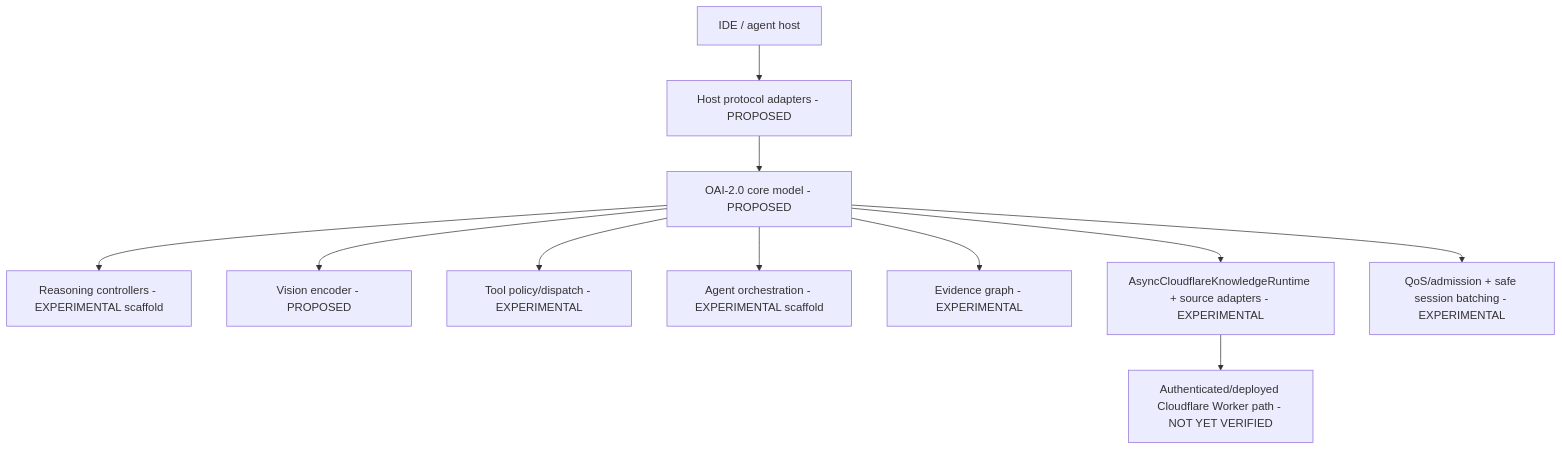
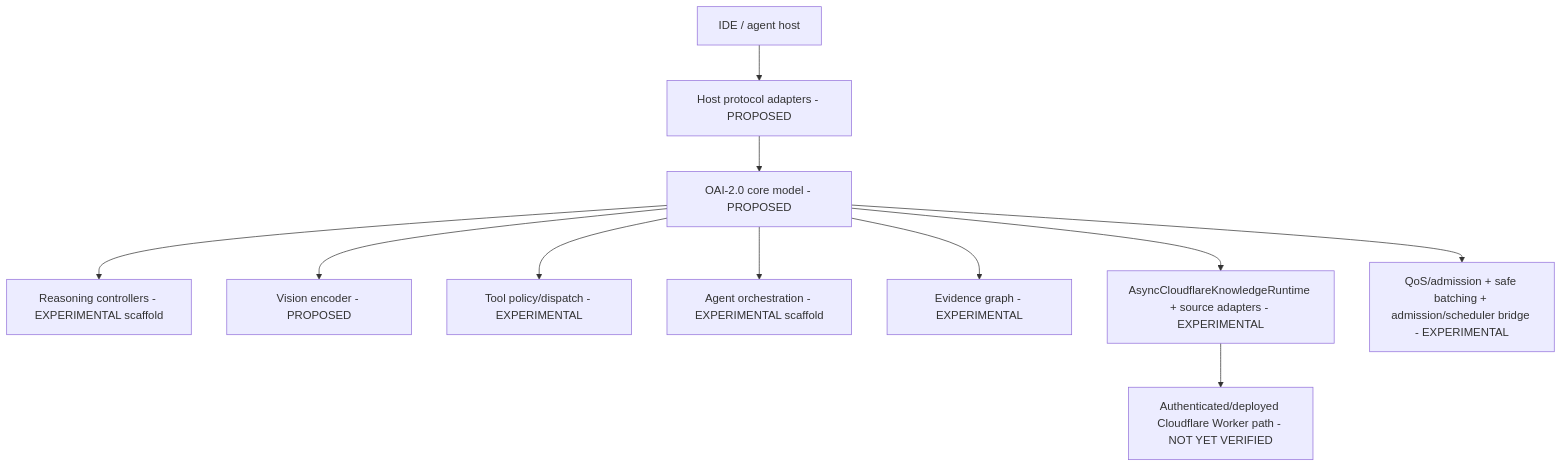
One commit to ORCHORDS-LCC/OAI-2.0 changed the diagram in docs/agent-architecture/SYSTEM_ARCHITECTURE.md. Above: the diagram before and after it, drawn with Mermaid. The commit also changed other lines of this file and 12 other files, not shown here.

````diff
--- a/docs/agent-architecture/SYSTEM_ARCHITECTURE.md
+++ b/docs/agent-architecture/SYSTEM_ARCHITECTURE.md
@@ -11,13 +13,13 @@
 ```mermaid
 flowchart TB
     H[IDE / agent host] --> P[Host protocol adapters - PROPOSED]
     P --> C[OAI-2.0 core model - PROPOSED]
     C --> R[Reasoning controllers - EXPERIMENTAL scaffold]
     C --> V[Vision encoder - PROPOSED]
     C --> T[Tool policy/dispatch - EXPERIMENTAL]
     C --> A[Agent orchestration - EXPERIMENTAL scaffold]
     C --> E[Evidence graph - EXPERIMENTAL]
     C --> K[AsyncCloudflareKnowledgeRuntime + source adapters - EXPERIMENTAL]
     K --> CF[Authenticated/deployed Cloudflare Worker path - NOT YET VERIFIED]
-    C --> QOS[QoS/admission + safe session batching - EXPERIMENTAL]
+    C --> QOS[QoS/admission + safe batching + admission/scheduler bridge - EXPERIMENTAL]
 ```
````
